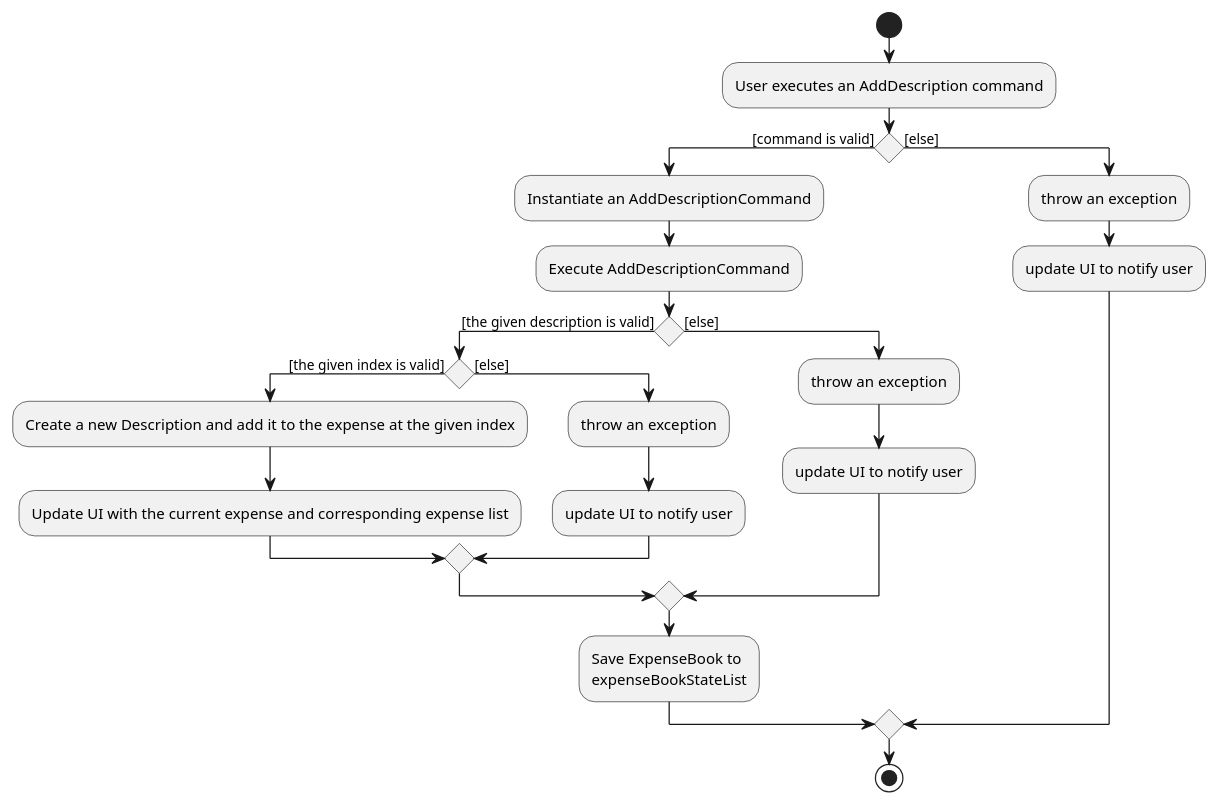
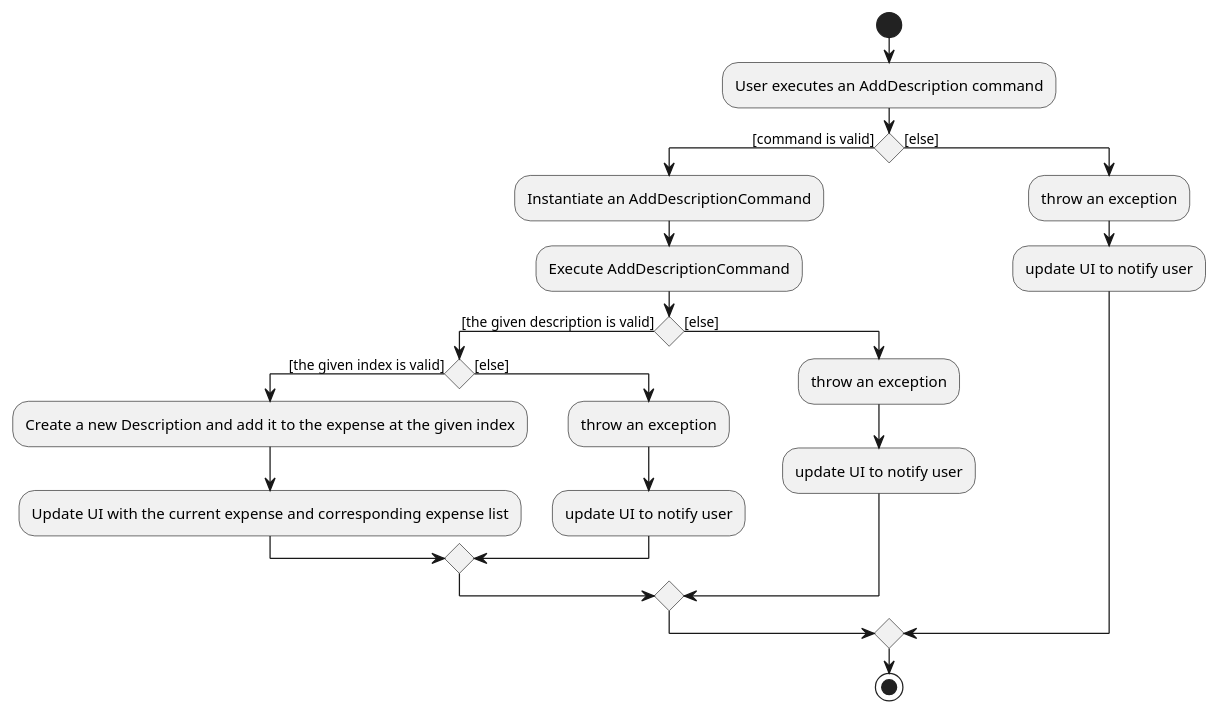
One commit to yyutong/tp changed the diagram in docs/diagrams/AddDescriptionActivityDiagram.puml. Above: the diagram before and after it, drawn with PlantUML. The commit also changed 15 other files, not shown here.

```diff
--- a/docs/diagrams/AddDescriptionActivityDiagram.puml
+++ b/docs/diagrams/AddDescriptionActivityDiagram.puml
@@ -1,30 +1,28 @@
 @startuml
 start
 :User executes an AddDescription command;
 
 'Since the beta syntax does not support placing the condition outside the
 'diamond we place it as the true branch instead.
 
 if () then ([command is valid])
     :Instantiate an AddDescriptionCommand;
     :Execute AddDescriptionCommand;
     if () then ([the given description is valid])
         if () then ([the given index is valid])
             :Create a new Description and add it to the expense at the given index;
             :Update UI with the current expense and corresponding expense list;
         else ([else])
             :throw an exception;
             :update UI to notify user;
         endif
     else ([else])
         :throw an exception;
         :update UI to notify user;
     endif
-    :Save ExpenseBook to
-    expenseBookStateList;
 else ([else])
     :throw an exception;
     :update UI to notify user;
 endif
 stop
 @enduml
```
